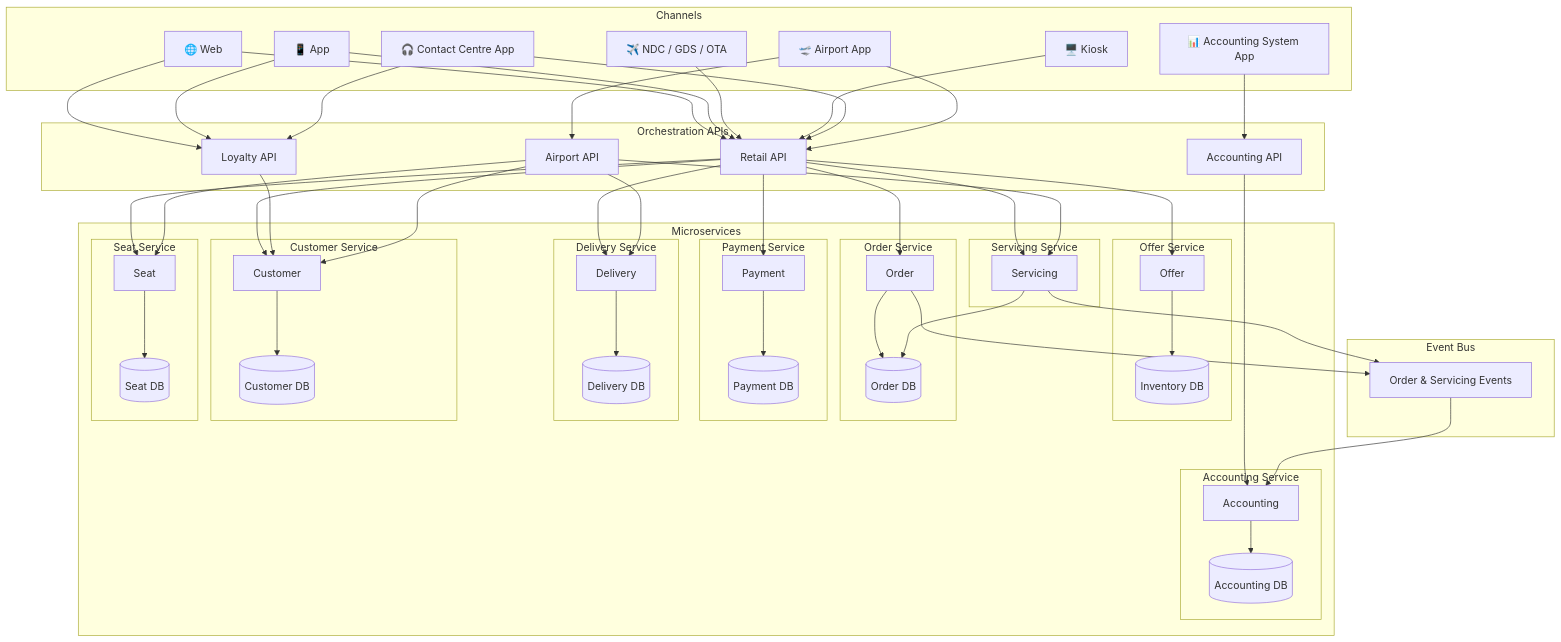
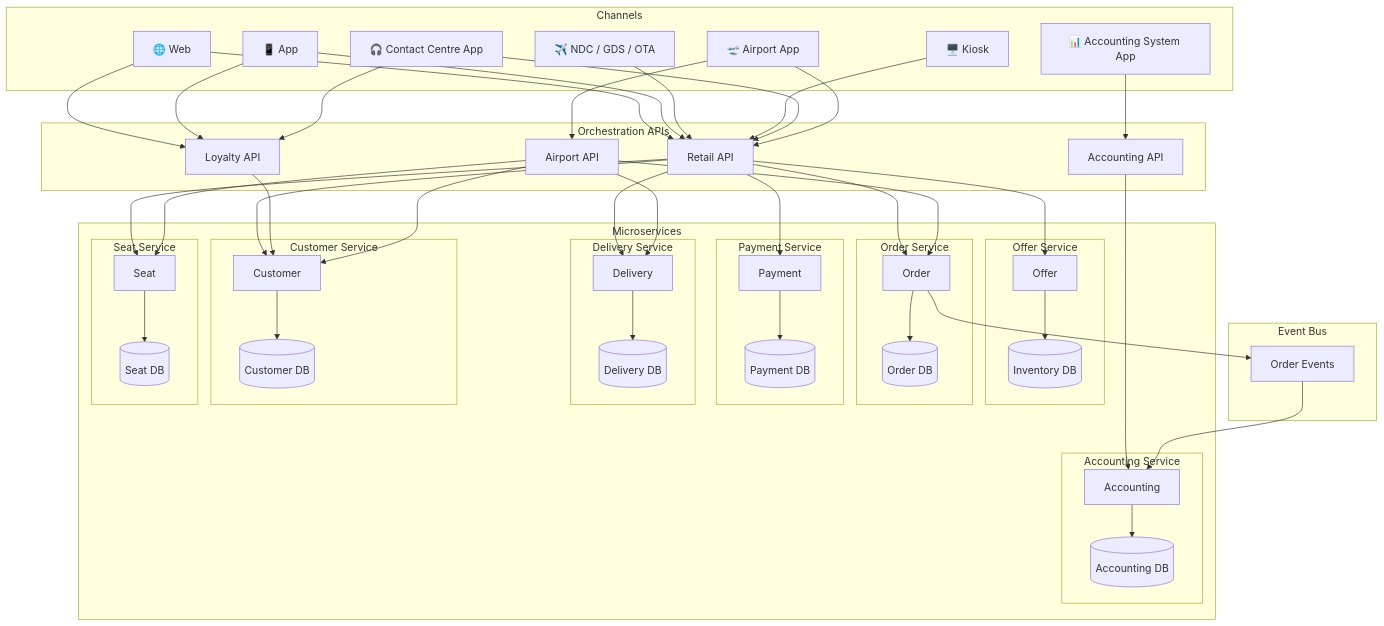
Before and after one commit to sebharvey/airline-reservation-system: the first of 7 diagrams in architecture/design.md, drawn with Mermaid. The commit also changed other lines of this file, not shown here.

First line of the commit message:
Revise Order concept and remove Servicing service

````diff
--- a/architecture/design.md
+++ b/architecture/design.md
@@ -54,10 +53,6 @@
             PAYMENT_DB[(Payment DB)]
         end
 
-        subgraph SERVICING_SVC["Servicing Service"]
-            SERVICING[Servicing]
-        end
-
         subgraph DELIVERY_SVC["Delivery Service"]
             DELIVERY[Delivery]
             DELIVERY_DB[(Delivery DB)]
@@ -80,7 +75,7 @@
     end
 
     subgraph Events["Event Bus"]
-        EVT[Order & Servicing Events]
+        EVT[Order Events]
     end
 
     %% Channel → Orchestration
@@ -90,22 +85,21 @@
     ACCT_CH --> ACCOUNTING_API
 
     %% Orchestration → Microservices
-    RETAIL_API --> OFFER & ORDER & PAYMENT & SERVICING & DELIVERY & CUSTOMER & SEAT
+    RETAIL_API --> OFFER & ORDER & PAYMENT & DELIVERY & CUSTOMER & SEAT
     LOYALTY_API --> CUSTOMER
-    AIRPORT_API --> SERVICING & DELIVERY & CUSTOMER & SEAT
+    AIRPORT_API --> ORDER & DELIVERY & CUSTOMER & SEAT
     ACCOUNTING_API --> ACCOUNTING
 
     %% Microservice → DB
     OFFER --> INV_DB
     ORDER --> ORDER_DB
     PAYMENT --> PAYMENT_DB
-    SERVICING --> ORDER_DB
     DELIVERY --> DELIVERY_DB
     CUSTOMER --> CUSTOMER_DB
     ACCOUNTING --> ACCOUNTING_DB
     SEAT --> SEAT_DB
 
     %% Eventing to Accounting
-    ORDER & SERVICING --> EVT
+    ORDER --> EVT
     EVT --> ACCOUNTING
 ```
````
